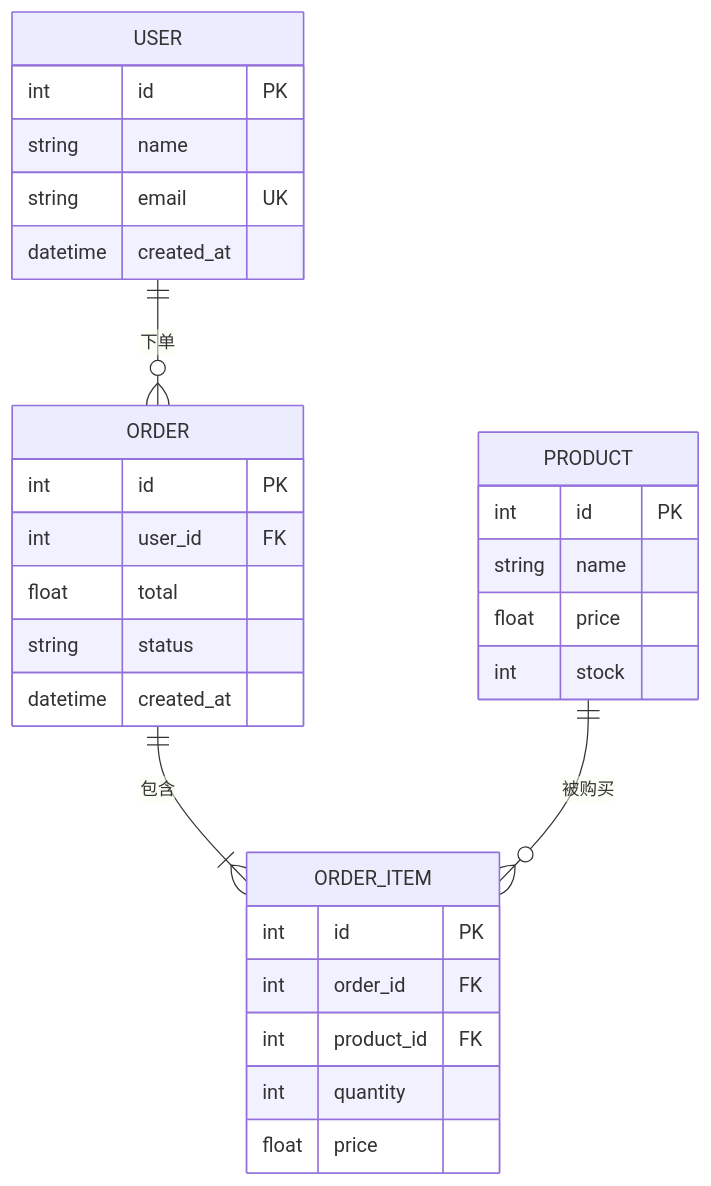
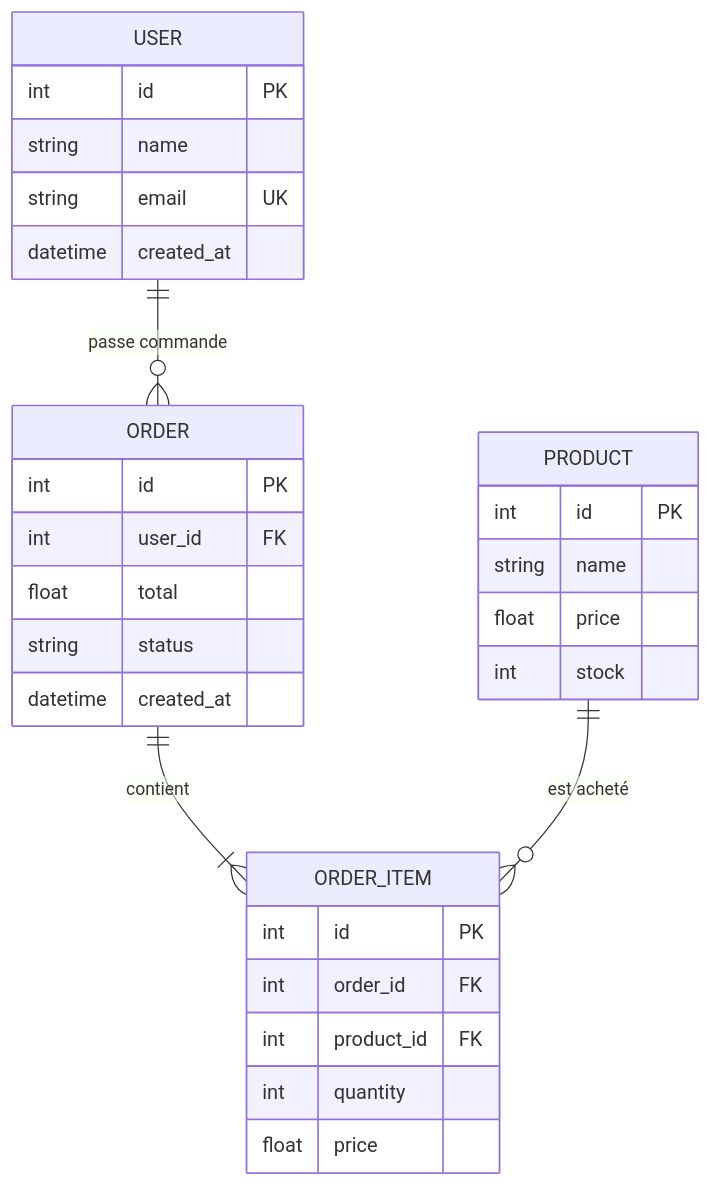
The seventh of 15 diagrams in skills/PM skills/charts/references/mermaid.md (bigleon2/KNOWLEDGE), drawn with Mermaid before and after one commit. The commit also changed other lines of this file and 35 other files, not shown here.

````diff
--- a/skills/PM skills/charts/references/mermaid.md
+++ b/skills/PM skills/charts/references/mermaid.md
@@ -427,33 +427,33 @@
 ```mermaid
 erDiagram
     USER {
         int id PK
         string name
         string email UK
         datetime created_at
     }
     ORDER {
         int id PK
         int user_id FK
         float total
         string status
         datetime created_at
     }
     ORDER_ITEM {
         int id PK
         int order_id FK
         int product_id FK
         int quantity
         float price
     }
     PRODUCT {
         int id PK
         string name
         float price
         int stock
     }
 
-    USER ||--o{ ORDER : "下单"
-    ORDER ||--|{ ORDER_ITEM : "包含"
-    PRODUCT ||--o{ ORDER_ITEM : "被购买"
+    USER ||--o{ ORDER : "passe commande"
+    ORDER ||--|{ ORDER_ITEM : "contient"
+    PRODUCT ||--o{ ORDER_ITEM : "est acheté"
 ```
````
